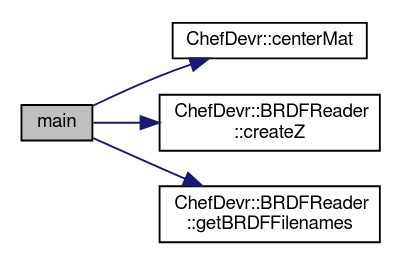
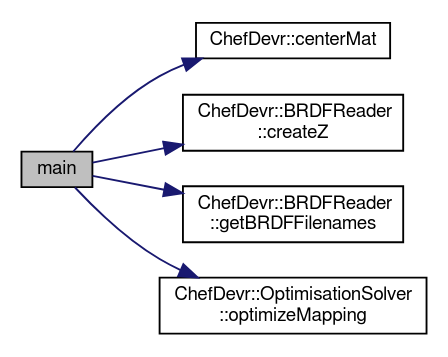
Before and after one commit to bsella/BRDF3000: the diagram in docs/main_8cpp_a65775db3214ebf9820e76bf61629231f_cgraph.dot, drawn with Graphviz. The commit also changed 199 other files, not shown here.

```diff
--- a/docs/main_8cpp_a65775db3214ebf9820e76bf61629231f_cgraph.dot
+++ b/docs/main_8cpp_a65775db3214ebf9820e76bf61629231f_cgraph.dot
@@ -1,14 +1,16 @@
 digraph "main"
 {
  // LATEX_PDF_SIZE
   edge [fontname="FreeSans",fontsize="10",labelfontname="FreeSans",labelfontsize="10"];
   node [fontname="FreeSans",fontsize="10",shape=record];
   rankdir="LR";
   Node0 [label="main",height=0.2,width=0.4,color="black", fillcolor="grey75", style="filled", fontcolor="black",tooltip=" "];
   Node0 -> Node1 [color="midnightblue",fontsize="10",style="solid",fontname="FreeSans"];
   Node1 [label="ChefDevr::centerMat",height=0.2,width=0.4,color="black", fillcolor="white", style="filled",URL="$namespace_chef_devr.html#a9579ab224f4fc15d1ab2f409d9d8a4c6",tooltip="Centers matrix by sustracting mean to all columns."];
   Node0 -> Node2 [color="midnightblue",fontsize="10",style="solid",fontname="FreeSans"];
   Node2 [label="ChefDevr::BRDFReader\l::createZ",height=0.2,width=0.4,color="black", fillcolor="white", style="filled",URL="$class_chef_devr_1_1_b_r_d_f_reader.html#ad3f37fef9fc8e8c11800b2d18f77f14c",tooltip="Read all the BRDFs stored in a given directory."];
   Node0 -> Node3 [color="midnightblue",fontsize="10",style="solid",fontname="FreeSans"];
   Node3 [label="ChefDevr::BRDFReader\l::getBRDFFilenames",height=0.2,width=0.4,color="black", fillcolor="white", style="filled",URL="$class_chef_devr_1_1_b_r_d_f_reader.html#a072fd200a36a80aad0240d242e1bd2de",tooltip=" "];
+  Node0 -> Node4 [color="midnightblue",fontsize="10",style="solid",fontname="FreeSans"];
+  Node4 [label="ChefDevr::OptimisationSolver\l::optimizeMapping",height=0.2,width=0.4,color="black", fillcolor="white", style="filled",URL="$class_chef_devr_1_1_optimisation_solver.html#ac071d573e4155176f151f9413ef7b107",tooltip="Computes the optimized parametrisation of the BRDFs manifold. Uses Hook & Jeeves method to solve the ..."];
 }
```
